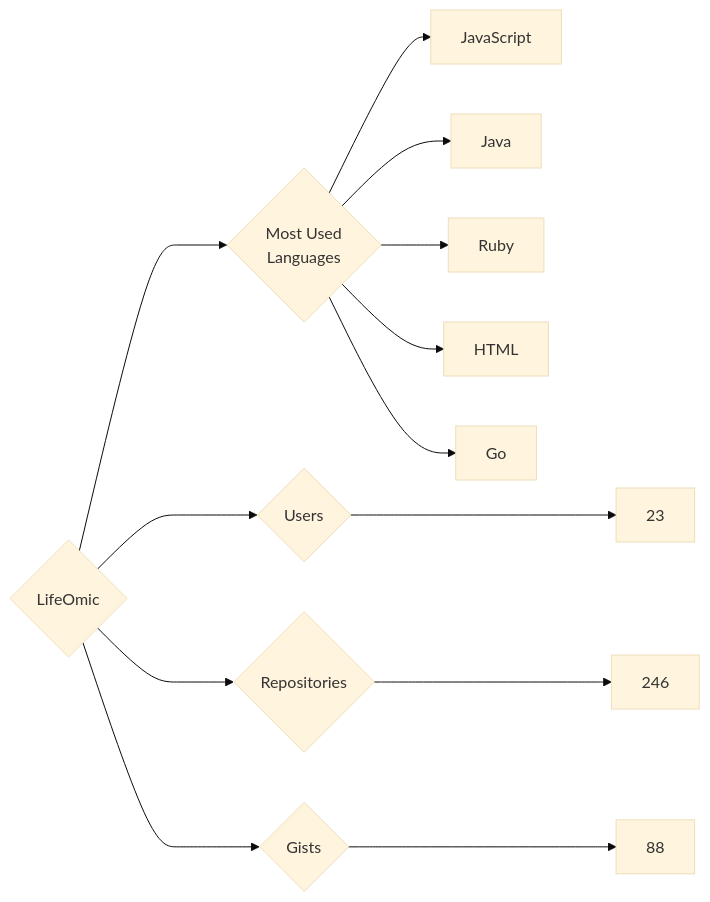
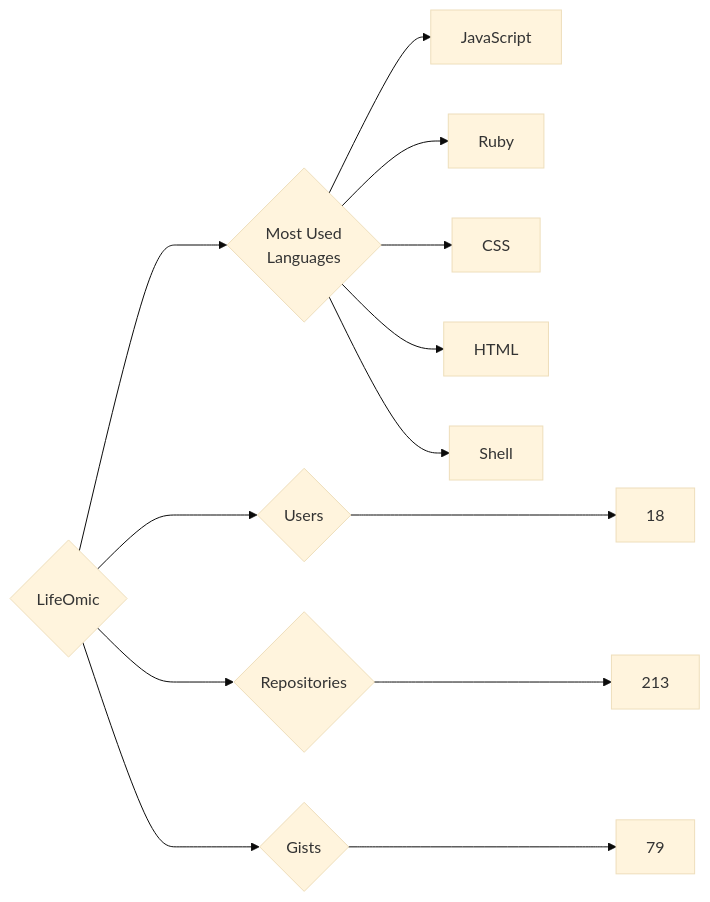
Before and after one commit to trickest/insiders: the diagram in targets/LifeOmic/README.md, drawn with Mermaid (base theme). The commit also changed 932 other files, not shown here.

````diff
--- a/targets/LifeOmic/README.md
+++ b/targets/LifeOmic/README.md
@@ -3,13 +3,13 @@
 ```mermaid
 graph LR
 COMPANY_NAME{LifeOmic}
-COMPANY_NAME ---> U{Users} ---> UN[23]
-COMPANY_NAME ---> R{Repositories} ---> RN[246]
-COMPANY_NAME ---> G{Gists} ---> GN[88]
+COMPANY_NAME ---> U{Users} ---> UN[18]
+COMPANY_NAME ---> R{Repositories} ---> RN[213]
+COMPANY_NAME ---> G{Gists} ---> GN[79]
 COMPANY_NAME ---> ML{Most Used<br>Languages}
 ML --> JavaScript[JavaScript]
-ML --> Java[Java]
 ML --> Ruby[Ruby]
+ML --> CSS[CSS]
 ML --> HTML[HTML]
-ML --> Go[Go]
+ML --> Shell[Shell]
 ```
````
